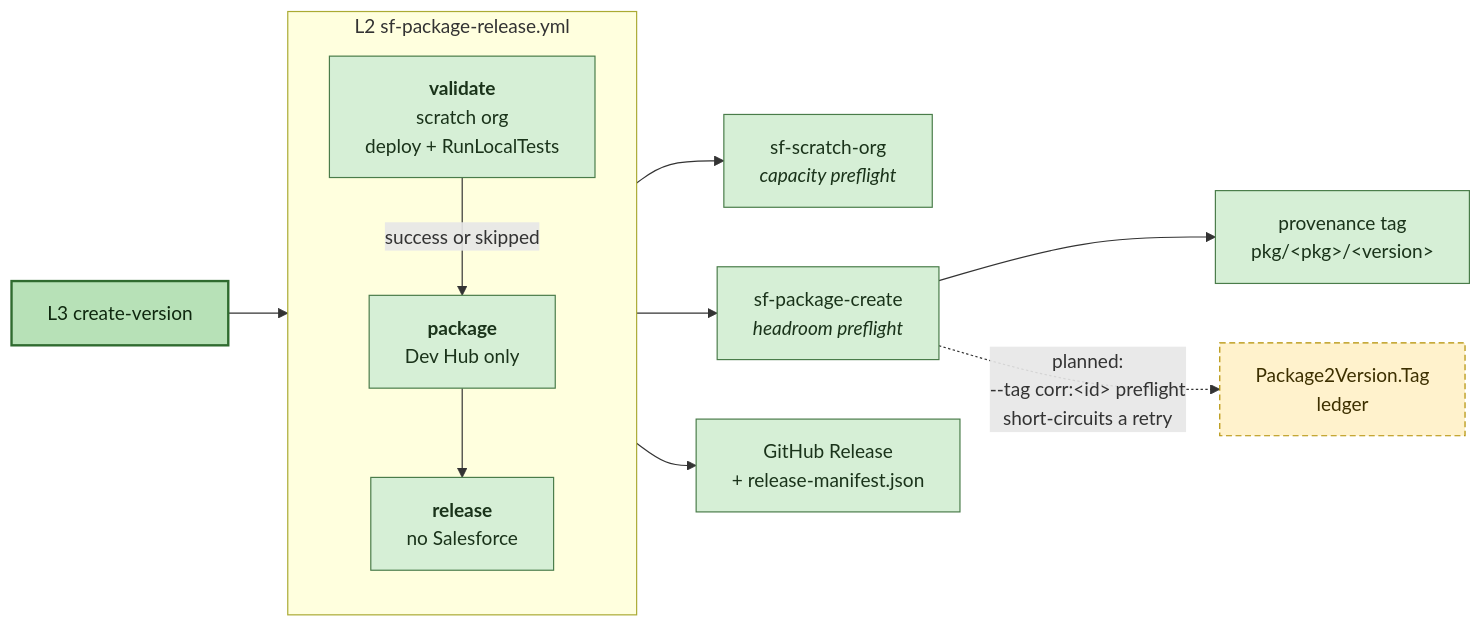
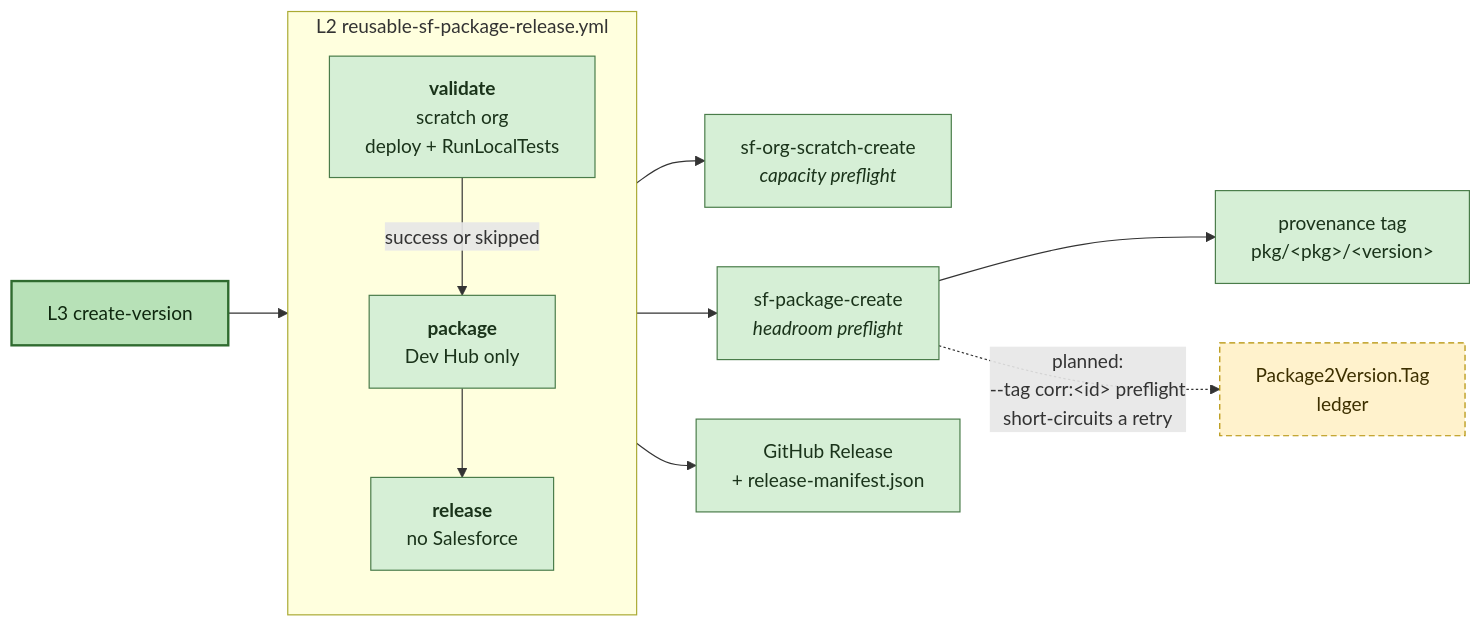
The fourth of 7 diagrams in docs/pipeline-map.md (Gforce-Innovation-Kft/shared-github-actions), drawn with Mermaid before and after one commit. The commit also changed other lines of this file and 116 other files, not shown here.

````diff
--- a/docs/pipeline-map.md
+++ b/docs/pipeline-map.md
@@ -171,22 +171,22 @@
 ```mermaid
 flowchart LR
     D["L3 create-version"]:::new --> V
 
-    subgraph REL["L2 sf-package-release.yml"]
+    subgraph REL["L2 reusable-sf-package-release.yml"]
         direction TB
         V["<b>validate</b><br/>scratch org<br/>deploy + RunLocalTests"]:::built
         P["<b>package</b><br/>Dev Hub only"]:::built
         R["<b>release</b><br/>no Salesforce"]:::built
         V -->|"success or skipped"| P --> R
     end
 
-    V --> SO["sf-scratch-org<br/><i>capacity preflight</i>"]:::built
+    V --> SO["sf-org-scratch-create<br/><i>capacity preflight</i>"]:::built
     P --> PC["sf-package-create<br/><i>headroom preflight</i>"]:::built
     PC --> TAG["provenance tag<br/>pkg/&lt;pkg&gt;/&lt;version&gt;"]:::built
     R --> GH["GitHub Release<br/>+ release-manifest.json"]:::built
     PC -.->|"planned:<br/>--tag corr:&lt;id&gt; preflight<br/>short-circuits a retry"| IDEM["Package2Version.Tag<br/>ledger"]:::planned
 
     classDef built fill:#d6efd6,stroke:#4a7c4a,color:#1a331a
     classDef new fill:#b7e1b7,stroke:#2f6b2f,color:#0f280f,stroke-width:2px
     classDef planned fill:#fff2cc,stroke:#b38f00,color:#3d3000,stroke-dasharray: 5 3
 ```
````
